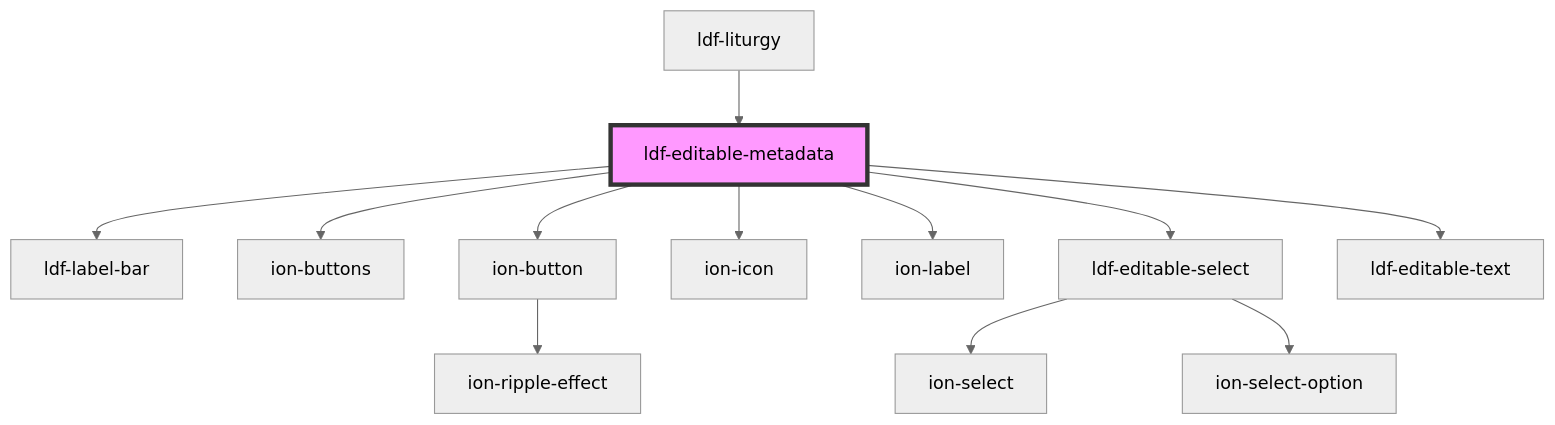
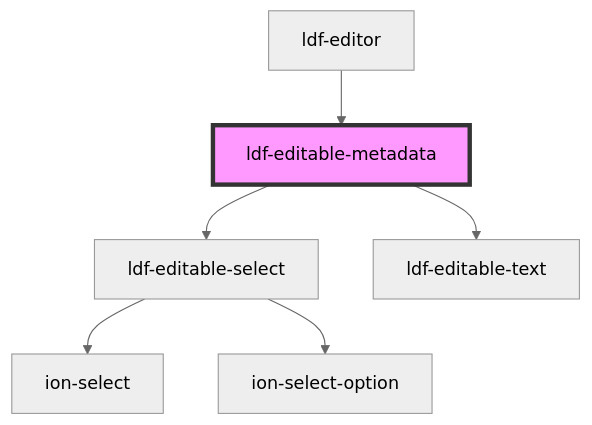
One commit to gbj/venite changed the diagram in components/src/components/editable-metadata/readme.md. Above: the diagram before and after it, drawn with Mermaid (neutral theme). The commit also changed other lines of this file and 11 other files, not shown here.

````diff
--- a/components/src/components/editable-metadata/readme.md
+++ b/components/src/components/editable-metadata/readme.md
@@ -34,15 +30,9 @@
 ```mermaid
 graph TD;
-  ldf-editable-metadata --> ldf-label-bar
-  ldf-editable-metadata --> ion-buttons
-  ldf-editable-metadata --> ion-button
-  ldf-editable-metadata --> ion-icon
-  ldf-editable-metadata --> ion-label
   ldf-editable-metadata --> ldf-editable-select
   ldf-editable-metadata --> ldf-editable-text
-  ion-button --> ion-ripple-effect
   ldf-editable-select --> ion-select
   ldf-editable-select --> ion-select-option
-  ldf-liturgy --> ldf-editable-metadata
+  ldf-editor --> ldf-editable-metadata
   style ldf-editable-metadata fill:#f9f,stroke:#333,stroke-width:4px
 ```
````
